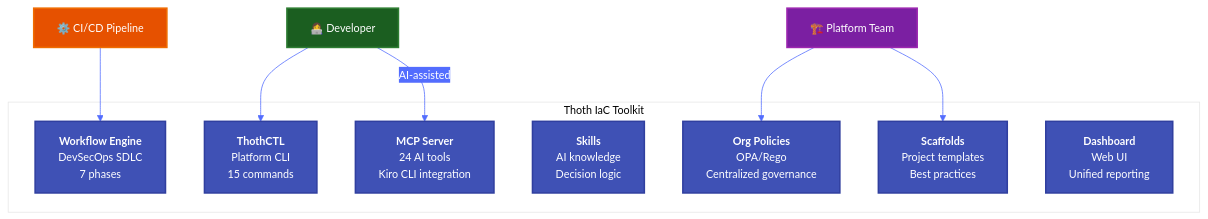
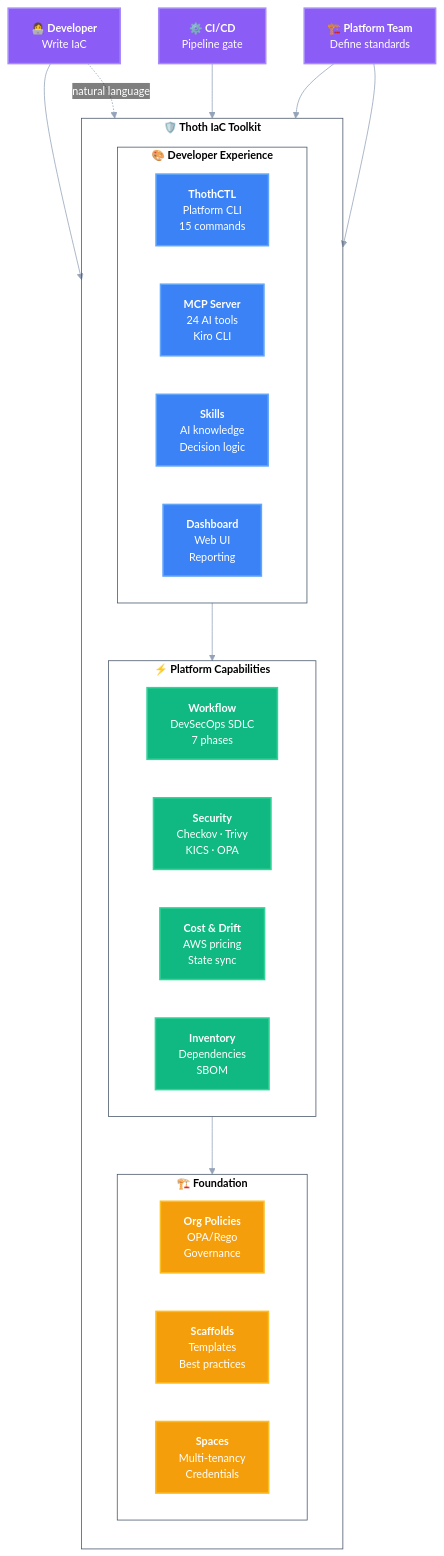
One commit to thothforge/thothctl changed the first of 2 diagrams in docs/toolkit_overview.md. Above: the diagram before and after it, drawn with Mermaid. The commit also changed other lines of this file, not shown here.

Commit message:
docs(toolkit): use professional mermaid diagrams with ThothForge theme
Replaces basic/ASCII diagrams with layered mermaid charts:
- Toolkit architecture: 3-layer subgraph (experience → platform → foundation)
  with user personas (developer, CI/CD, platform team)
- Developer journey: LR flow (install → develop → validate → deploy → monitor)

Uses consistent ThothForge theme variables: blue/green/purple/amber palette
with transparent cluster backgrounds and white node text.

````diff
--- a/docs/toolkit_overview.md
+++ b/docs/toolkit_overview.md
@@ -9,29 +9,65 @@
 ```mermaid
-%%{init: {'theme':'base', 'themeVariables': { 'primaryColor':'#3f51b5','primaryTextColor':'#ffffff','primaryBorderColor':'#303f9f','lineColor':'#536dfe','secondaryColor':'#536dfe','tertiaryColor':'#fff','background':'transparent','mainBkg':'#3f51b5','secondBkg':'#536dfe','tertiaryBkg':'#90caf9','textColor':'#ffffff','nodeTextColor':'#ffffff','fontSize':'14px'}}}%%
+%%{init: {'theme':'base', 'themeVariables': {
+  'primaryColor':'#3b82f6',
+  'primaryTextColor':'#ffffff',
+  'primaryBorderColor':'#2563eb',
+  'lineColor':'#94a3b8',
+  'secondaryColor':'#10b981',
+  'tertiaryColor':'#8b5cf6',
+  'background':'transparent',
+  'mainBkg':'#3b82f6',
+  'secondBkg':'#10b981',
+  'tertiaryBkg':'#8b5cf6',
+  'clusterBkg':'rgba(241, 245, 249, 0.05)',
+  'clusterBorder':'#475569',
+  'titleColor':'currentColor',
+  'edgeLabelBackground':'transparent',
+  'nodeTextColor':'#ffffff',
+  'textColor':'currentColor',
+  'nodeBorder':'#1e293b',
+  'fontSize':'14px'
+}}}%%
 graph TB
-    subgraph toolkit["Thoth IaC Toolkit"]
-        CLI["<b>ThothCTL</b><br/>Platform CLI<br/>15 commands"]
-        WF["<b>Workflow Engine</b><br/>DevSecOps SDLC<br/>7 phases"]
-        POL["<b>Org Policies</b><br/>OPA/Rego<br/>Centralized governance"]
-        SKILL["<b>Skills</b><br/>AI knowledge<br/>Decision logic"]
-        SCAFFOLD["<b>Scaffolds</b><br/>Project templates<br/>Best practices"]
-        MCP["<b>MCP Server</b><br/>24 AI tools<br/>Kiro CLI integration"]
-        DASH["<b>Dashboard</b><br/>Web UI<br/>Unified reporting"]
+    subgraph toolkit["<b>🛡️ Thoth IaC Toolkit</b>"]
+        direction TB
+        subgraph experience["<b>🎨 Developer Experience</b>"]
+            direction LR
+            CLI["<b>ThothCTL</b><br/>Platform CLI<br/>15 commands"]
+            MCP["<b>MCP Server</b><br/>24 AI tools<br/>Kiro CLI"]
+            SKILL["<b>Skills</b><br/>AI knowledge<br/>Decision logic"]
+            DASH["<b>Dashboard</b><br/>Web UI<br/>Reporting"]
+        end
+        subgraph platform["<b>⚡ Platform Capabilities</b>"]
+            direction LR
+            WF["<b>Workflow</b><br/>DevSecOps SDLC<br/>7 phases"]
+            SEC["<b>Security</b><br/>Checkov · Trivy<br/>KICS · OPA"]
+            COST["<b>Cost & Drift</b><br/>AWS pricing<br/>State sync"]
+            INV["<b>Inventory</b><br/>Dependencies<br/>SBOM"]
+        end
+        subgraph foundation["<b>🏗️ Foundation</b>"]
+            direction LR
+            POL["<b>Org Policies</b><br/>OPA/Rego<br/>Governance"]
+            SCAFFOLD["<b>Scaffolds</b><br/>Templates<br/>Best practices"]
+            SPACE["<b>Spaces</b><br/>Multi-tenancy<br/>Credentials"]
+        end
     end
 
-    DEV["👩‍💻 Developer"] --> CLI
-    DEV --> |"AI-assisted"| MCP
-    CI["⚙️ CI/CD Pipeline"] --> WF
-    PLATFORM["🏗️ Platform Team"] --> POL
-    PLATFORM --> SCAFFOLD
+    DEV["<b>👩‍💻 Developer</b><br/>Write IaC"] --> CLI
+    DEV -.->|"natural language"| MCP
+    CICD["<b>⚙️ CI/CD</b><br/>Pipeline gate"] --> WF
+    PLAT["<b>🏗️ Platform Team</b><br/>Define standards"] --> POL
+    PLAT --> SCAFFOLD
 
-    classDef toolStyle fill:#3f51b5,stroke:#303f9f,stroke-width:2px,color:#ffffff
-    classDef userStyle fill:#1b5e20,stroke:#2e7d32,stroke-width:2px,color:#ffffff
-    classDef ciStyle fill:#e65100,stroke:#ef6c00,stroke-width:2px,color:#ffffff
-    classDef platStyle fill:#7b1fa2,stroke:#9c27b0,stroke-width:2px,color:#ffffff
+    experience --> platform
+    platform --> foundation
 
-    class CLI,WF,POL,SKILL,SCAFFOLD,MCP,DASH toolStyle
-    class DEV userStyle
-    class CI ciStyle
-    class PLATFORM platStyle
+    classDef expStyle fill:#3b82f6,stroke:#60a5fa,stroke-width:2px,color:#fff
+    classDef platStyle fill:#10b981,stroke:#34d399,stroke-width:2px,color:#fff
+    classDef foundStyle fill:#f59e0b,stroke:#fbbf24,stroke-width:2px,color:#fff
+    classDef userStyle fill:#8b5cf6,stroke:#a78bfa,stroke-width:2px,color:#fff
+
+    class CLI,MCP,SKILL,DASH expStyle
+    class WF,SEC,COST,INV platStyle
+    class POL,SCAFFOLD,SPACE foundStyle
+    class DEV,CICD,PLAT userStyle
 ```
````
